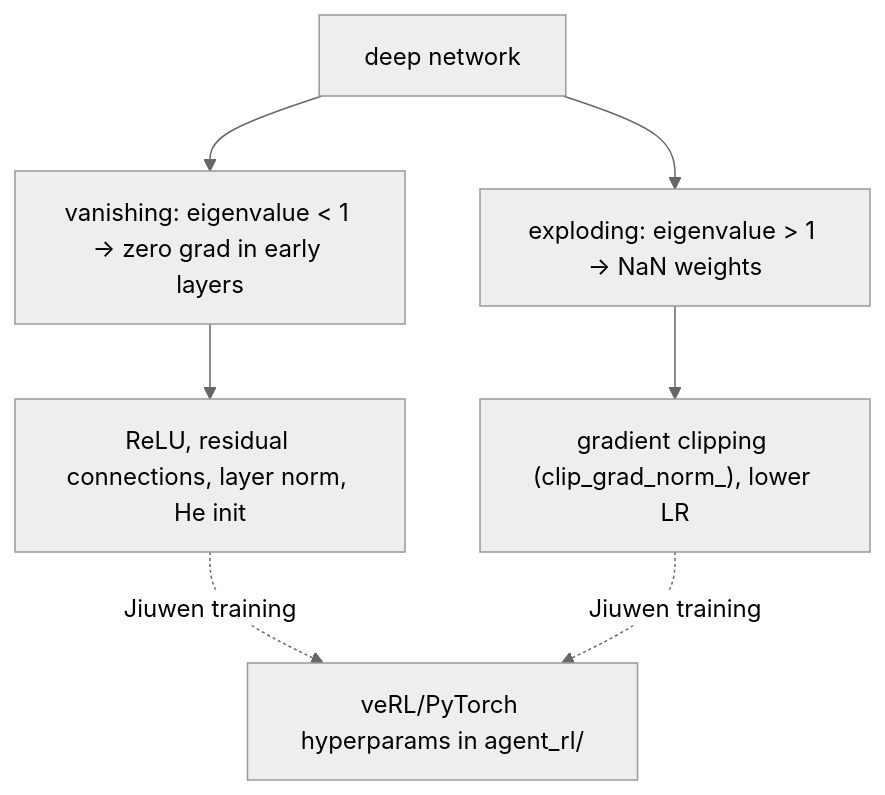
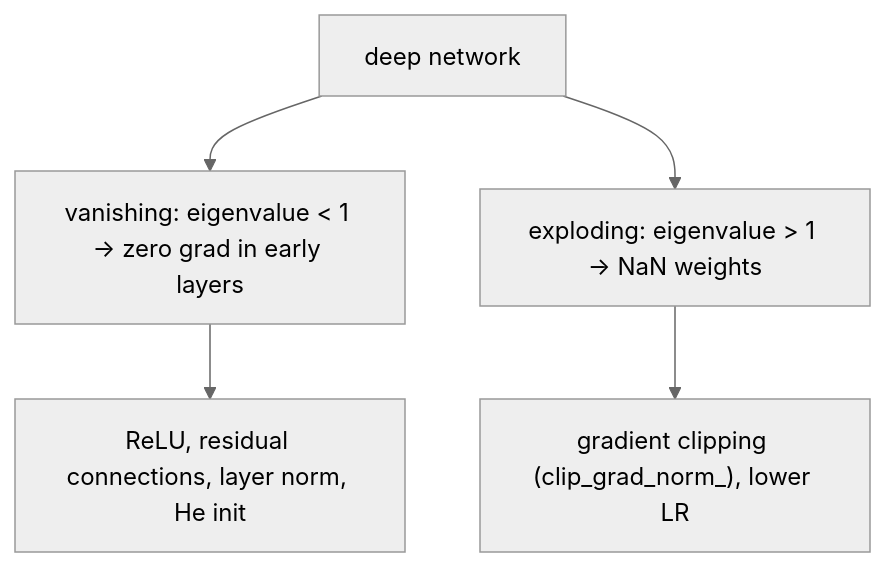
Before and after one commit to michaelatamuk/openjiuwen-knowledge: the tenth of 18 diagrams in content/topics/00-ml-foundations.md, drawn with Mermaid (neutral theme). The commit also changed other lines of this file and 57 other files, not shown here.

````diff
--- a/content/topics/00-ml-foundations.md
+++ b/content/topics/00-ml-foundations.md
@@ -305,8 +203,7 @@
 ```mermaid
 flowchart TD
     DEEP["deep network"] --> VG["vanishing: eigenvalue < 1 → zero grad in early layers"]
     DEEP --> EG["exploding: eigenvalue > 1 → NaN weights"]
     VG --> FIX1["ReLU, residual connections, layer norm, He init"]
     EG --> FIX2["gradient clipping (clip_grad_norm_), lower LR"]
-    FIX1 & FIX2 -.->|"Jiuwen training"| VL["veRL/PyTorch hyperparams in agent_rl/"]
 ```
````
